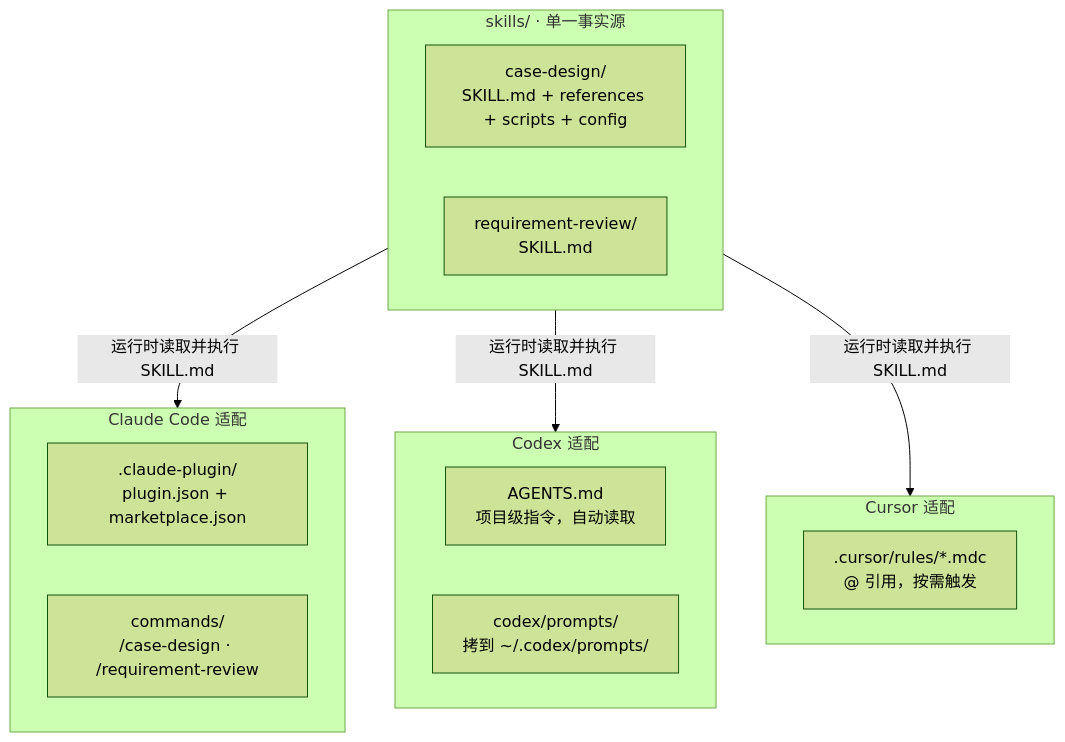
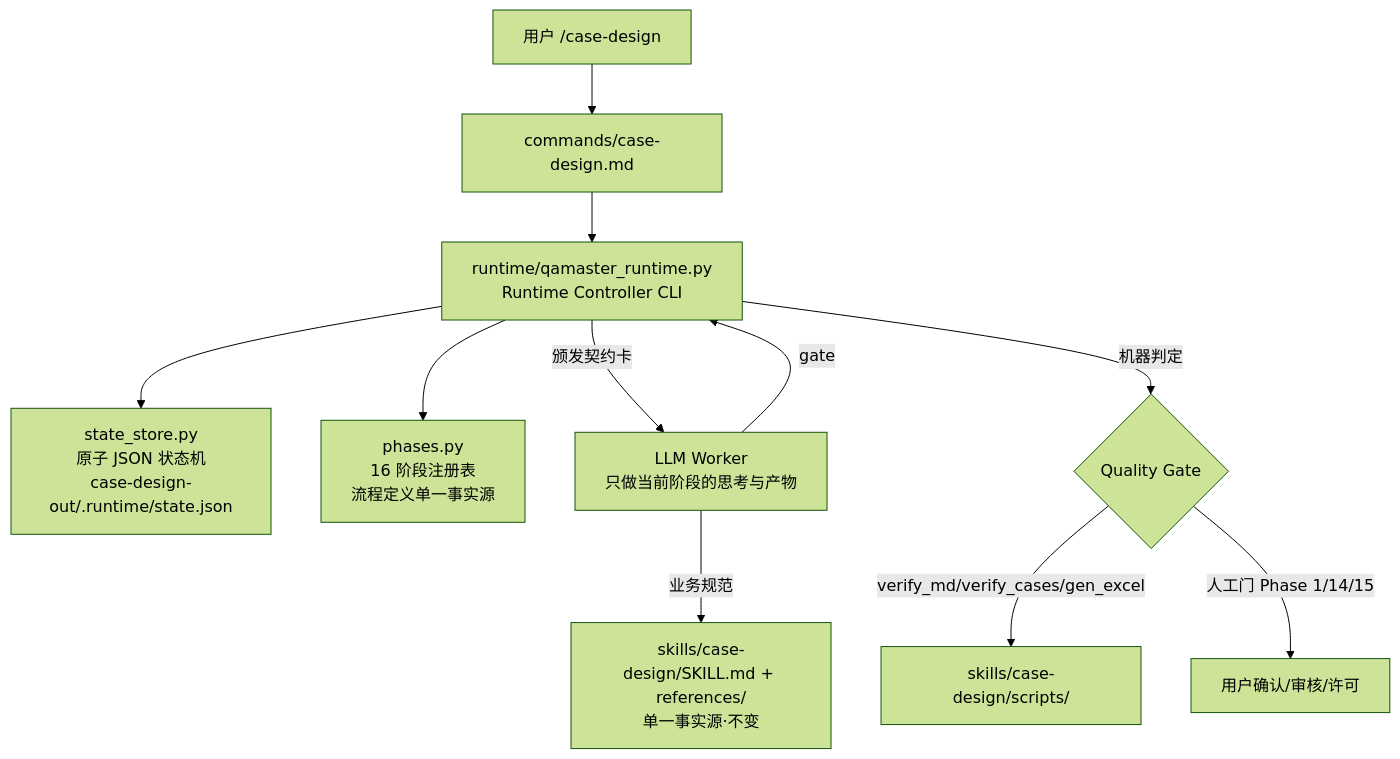
Before and after one commit to xiaozhi86/qamaster: the third of 3 diagrams in README.md, drawn with Mermaid (forest theme). The commit also changed other lines of this file and 11 other files, not shown here.

````diff
--- a/README.md
+++ b/README.md
@@ -170,19 +172,13 @@
 ```mermaid
 flowchart TD
-    subgraph SS["skills/  ·  单一事实源"]
-        CD["case-design/<br/>SKILL.md + references + scripts + config"]
-        RR["requirement-review/<br/>SKILL.md"]
-    end
-    SS -->|"运行时读取并执行 SKILL.md"| CC & CX & CU
-    subgraph CC["Claude Code 适配"]
-        CC1[".claude-plugin/<br/>plugin.json + marketplace.json"]
-        CC2["commands/<br/>/case-design · /requirement-review"]
-    end
-    subgraph CX["Codex 适配"]
-        CX1["AGENTS.md<br/>项目级指令，自动读取"]
-        CX2["codex/prompts/<br/>拷到 ~/.codex/prompts/"]
-    end
-    subgraph CU["Cursor 适配"]
-        CU1[".cursor/rules/*.mdc<br/>@ 引用，按需触发"]
-    end
+    U[用户 /case-design] --> CMD[commands/case-design.md]
+    CMD --> RT[runtime/qamaster_runtime.py<br/>Runtime Controller CLI]
+    RT --> SM[state_store.py<br/>原子 JSON 状态机<br/>case-design-out/.runtime/state.json]
+    RT --> PH[phases.py<br/>16 阶段注册表<br/>流程定义单一事实源]
+    RT -->|颁发契约卡| LLM[LLM Worker<br/>只做当前阶段的思考与产物]
+    LLM -->|gate| RT
+    RT -->|机器判定| GATE{Quality Gate}
+    GATE -->|verify_md/verify_cases/gen_excel| SCR[skills/case-design/scripts/]
+    GATE -->|人工门 Phase 1/14/15| USER[用户确认/审核/许可]
+    LLM -->|业务规范| SK[skills/case-design/SKILL.md + references/<br/>单一事实源·不变]
 ```
````
